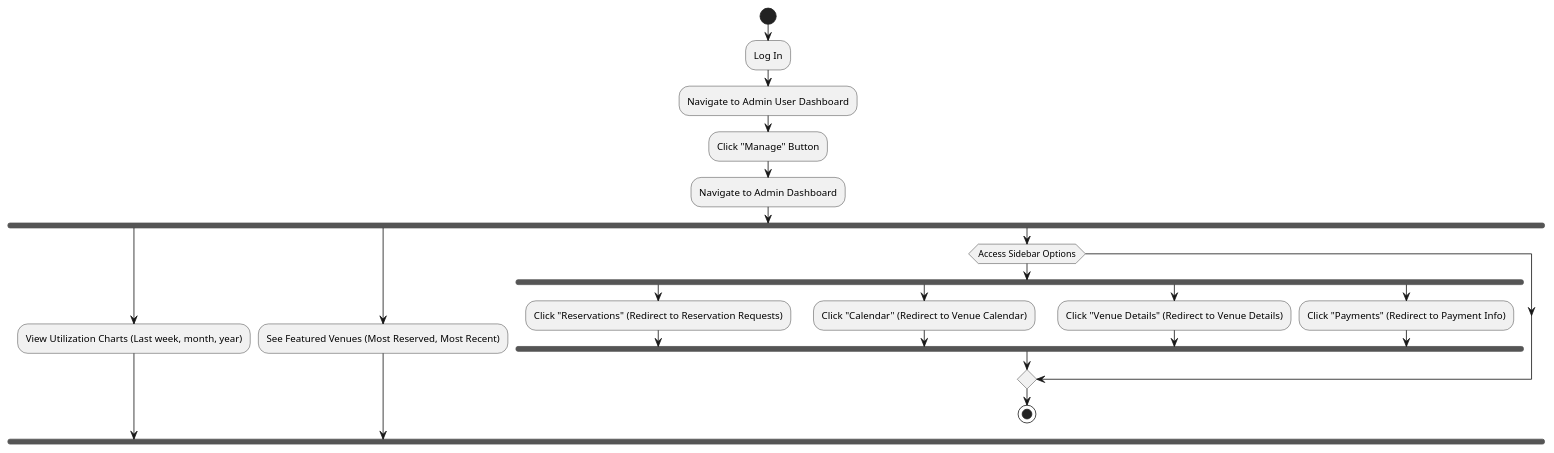
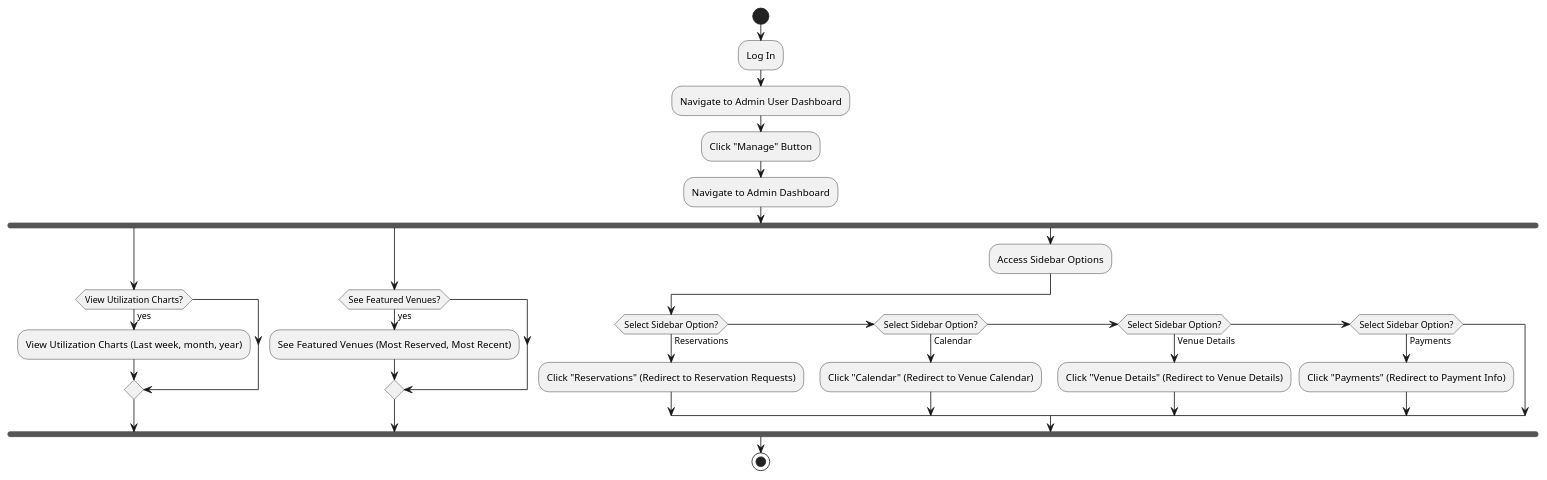
Before and after one commit to tracet2t/Venue-Reservation: the diagram in docs/uml/activity/admin-activity/view-dashboard.wsd, drawn with PlantUML. The commit also changed 1 other file, not shown here.

Commit message:
86b2j5p7n-plantuml:updated view-dashboard & add-venue activity diagrmas

```diff
--- a/docs/uml/activity/admin-activity/view-dashboard.wsd
+++ b/docs/uml/activity/admin-activity/view-dashboard.wsd
@@ -1,26 +1,33 @@
 @startuml
 |Admin|
 start
 :Log In;
 :Navigate to Admin User Dashboard;
 :Click "Manage" Button;
 
 :Navigate to Admin Dashboard;
+
 fork
-:View Utilization Charts (Last week, month, year);
+    if (View Utilization Charts?) then (yes)
+        :View Utilization Charts (Last week, month, year);
+    endif
 fork again
-:See Featured Venues (Most Reserved, Most Recent);
+    if (See Featured Venues?) then (yes)
+        :See Featured Venues (Most Reserved, Most Recent);
+    endif
 fork again
-if(Access Sidebar Options);
-fork
-    :Click "Reservations" (Redirect to Reservation Requests);
-fork again
-    :Click "Calendar" (Redirect to Venue Calendar);
-fork again
-    :Click "Venue Details" (Redirect to Venue Details);
-fork again
-    :Click "Payments" (Redirect to Payment Info);
-endfork
-endif
+    :Access Sidebar Options;
+    
+    if (Select Sidebar Option?) then (Reservations)
+        :Click "Reservations" (Redirect to Reservation Requests);
+    elseif (Select Sidebar Option?) then (Calendar)
+        :Click "Calendar" (Redirect to Venue Calendar);
+    elseif (Select Sidebar Option?) then (Venue Details)
+        :Click "Venue Details" (Redirect to Venue Details);
+    elseif (Select Sidebar Option?) then (Payments)
+        :Click "Payments" (Redirect to Payment Info);
+    endif
+
+end fork
 stop
 @enduml
```
